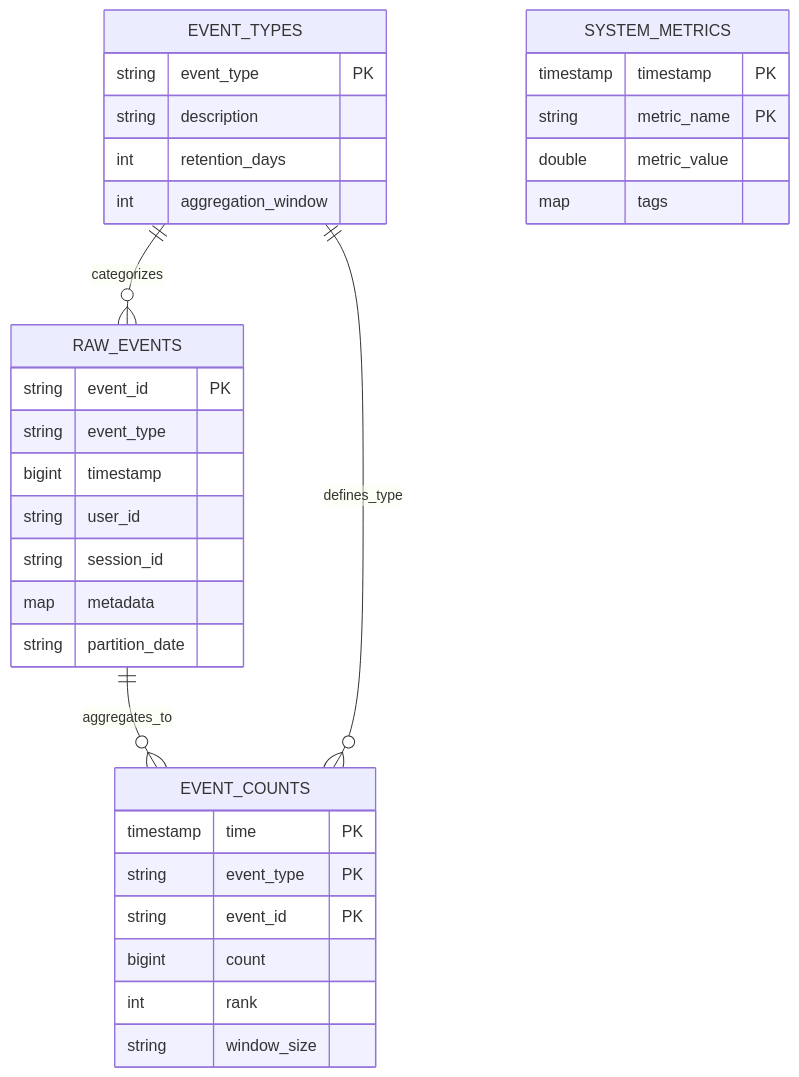
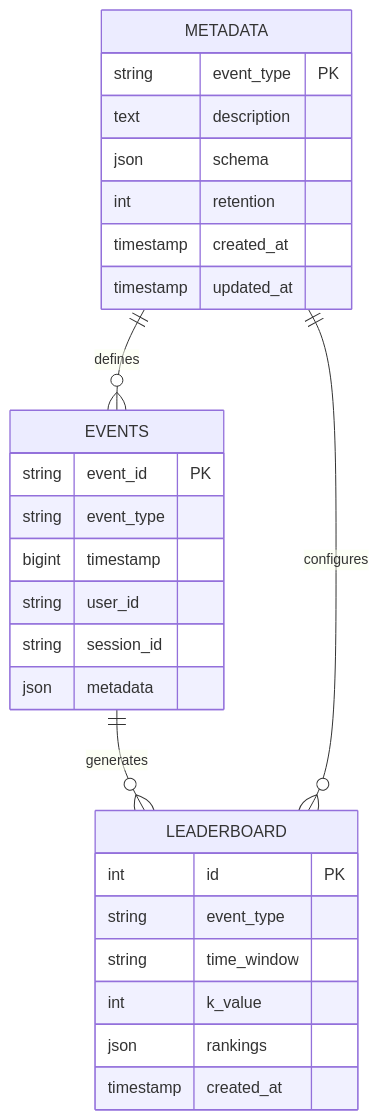
The fourth of 16 diagrams in README.md (rmjamd/android-chatting-and-posting-application), drawn with Mermaid before and after one commit. The commit also changed other lines of this file, not shown here.

````diff
--- a/README.md
+++ b/README.md
@@ -847,39 +348,33 @@
 ```mermaid
 erDiagram
-    RAW_EVENTS {
+    EVENTS {
         string event_id PK
         string event_type
         bigint timestamp
         string user_id
         string session_id
-        map metadata
-        string partition_date
+        json metadata
     }
     
-    EVENT_COUNTS {
-        timestamp time PK
-        string event_type PK
-        string event_id PK
-        bigint count
-        int rank
-        string window_size
+    LEADERBOARD {
+        int id PK
+        string event_type
+        string time_window
+        int k_value
+        json rankings
+        timestamp created_at
     }
     
-    EVENT_TYPES {
+    METADATA {
         string event_type PK
-        string description
-        int retention_days
-        int aggregation_window
+        text description
+        json schema
+        int retention
+        timestamp created_at
+        timestamp updated_at
     }
     
-    SYSTEM_METRICS {
-        timestamp timestamp PK
-        string metric_name PK
-        double metric_value
-        map tags
-    }
-    
-    RAW_EVENTS ||--o{ EVENT_COUNTS : aggregates_to
-    EVENT_TYPES ||--o{ RAW_EVENTS : categorizes
-    EVENT_TYPES ||--o{ EVENT_COUNTS : defines_type
+    EVENTS ||--o{ LEADERBOARD : "generates"
+    METADATA ||--o{ EVENTS : "defines"
+    METADATA ||--o{ LEADERBOARD : "configures"
 ```
````
